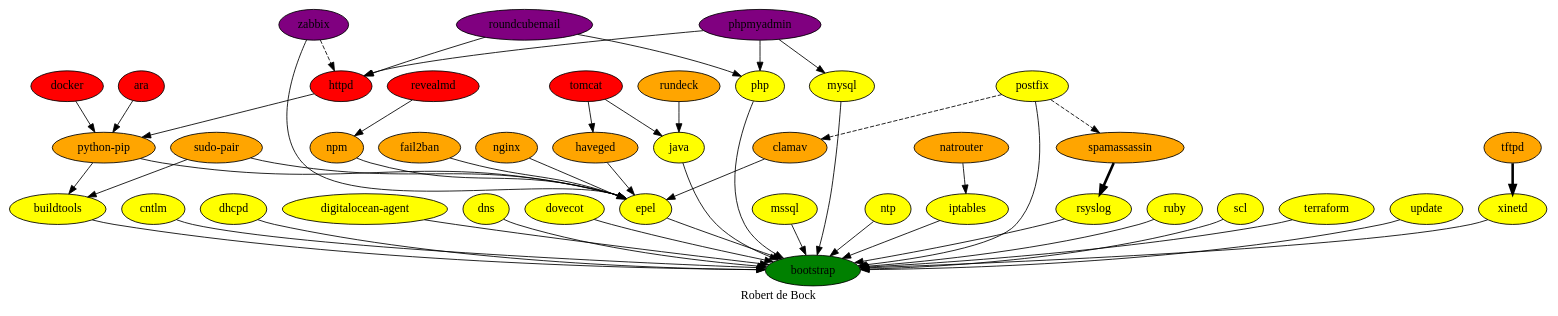
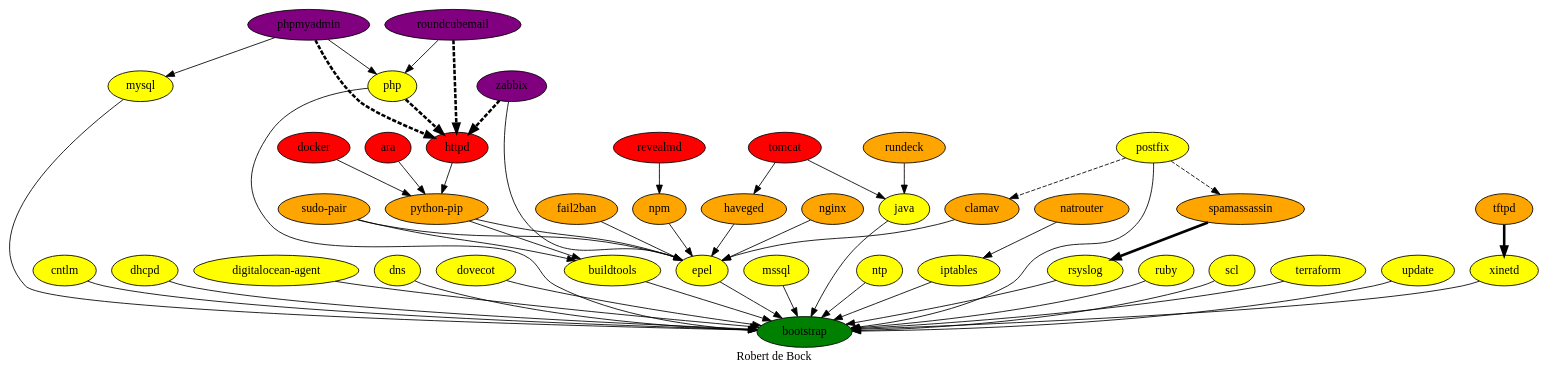
The diagram in dependencies.dot (robertdebock/robertdebock.github.io), drawn with Graphviz before and after one commit. The commit also changed 5 other files, not shown here.

```diff
--- a/dependencies.dot
+++ b/dependencies.dot
@@ -1,59 +1,59 @@
 digraph hierarchy {
   label = "Robert de Bock" ;
   {
     ara [fillcolor=red style=filled]
     bootstrap [fillcolor=green style=filled]
     buildtools [fillcolor=yellow style=filled]
     clamav [fillcolor=orange style=filled]
     cntlm [fillcolor=yellow style=filled]
     dhcpd [fillcolor=yellow style=filled]
     "digitalocean-agent" [fillcolor=yellow style=filled]
     dns [fillcolor=yellow style=filled]
     docker [fillcolor=red style=filled]
     dovecot [fillcolor=yellow style=filled]
     epel [fillcolor=yellow style=filled]
     fail2ban [fillcolor=orange style=filled]
     haveged [fillcolor=orange style=filled]
     httpd [fillcolor=red style=filled]
     iptables [fillcolor=yellow style=filled]
     java [fillcolor=yellow style=filled]
     mssql [fillcolor=yellow style=filled]
     mysql [fillcolor=yellow style=filled]
     natrouter [fillcolor=orange style=filled]
     nginx [fillcolor=orange style=filled]
     npm [fillcolor=orange style=filled]
     ntp [fillcolor=yellow style=filled]
     php [fillcolor=yellow style=filled]
     phpmyadmin [fillcolor=purple style=filled]
     postfix [fillcolor=yellow style=filled]
     "python-pip" [fillcolor=orange style=filled]
     revealmd [fillcolor=red style=filled]
     roundcubemail [fillcolor=purple style=filled]
     rsyslog [fillcolor=yellow style=filled]
     ruby [fillcolor=yellow style=filled]
     rundeck [fillcolor=orange style=filled]
     scl [fillcolor=yellow style=filled]
     spamassassin [fillcolor=orange style=filled]
     "sudo-pair" [fillcolor=orange style=filled]
     terraform [fillcolor=yellow style=filled]
     tftpd [fillcolor=orange style=filled]
     tomcat [fillcolor=red style=filled]
     update [fillcolor=yellow style=filled]
     xinetd [fillcolor=yellow style=filled]
     zabbix [fillcolor=purple style=filled]
   }
   {buildtools cntlm dhcpd "digitalocean-agent" dns dovecot epel iptables java mysql mssql ntp php postfix rsyslog ruby scl terraform update xinetd} -> bootstrap
   {clamav fail2ban haveged nginx npm "python-pip" "sudo-pair" zabbix} -> epel
   postfix -> {spamassassin clamav} [style=dashed]
   {ara docker httpd} -> "python-pip"
   revealmd -> npm
   natrouter -> iptables
   tftpd -> xinetd  [penwidth=3]
-  phpmyadmin -> {php httpd mysql}
-  roundcubemail -> {php httpd}
-  zabbix -> httpd [style=dashed]
+  phpmyadmin -> {php mysql}
+  {php phpmyadmin roundcubemail zabbix} -> httpd [style=dashed penwidth=3]
+  roundcubemail -> php
   {"python-pip" "sudo-pair"} -> {buildtools}
   {rundeck tomcat} -> java
   tomcat -> haveged
   spamassassin -> rsyslog [penwidth=3]
 }
```
